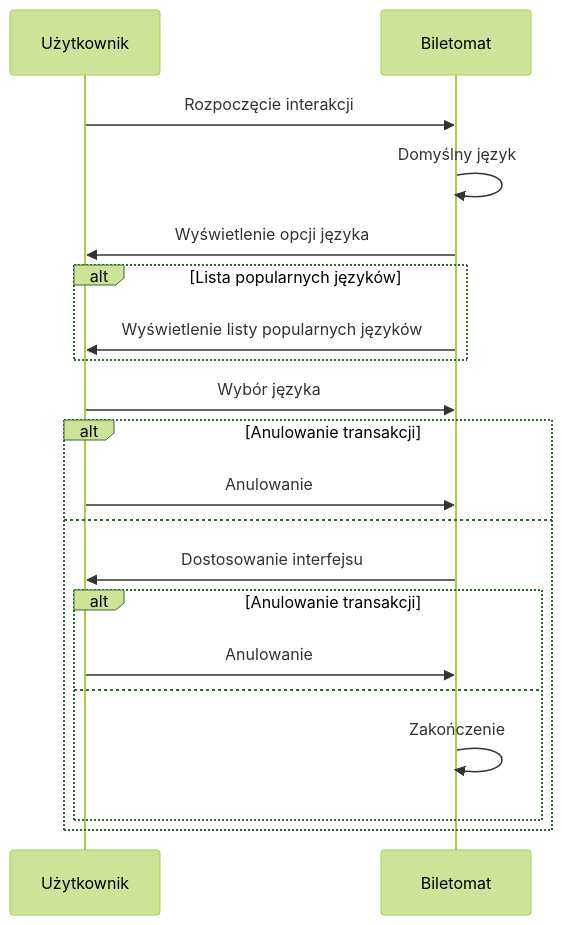
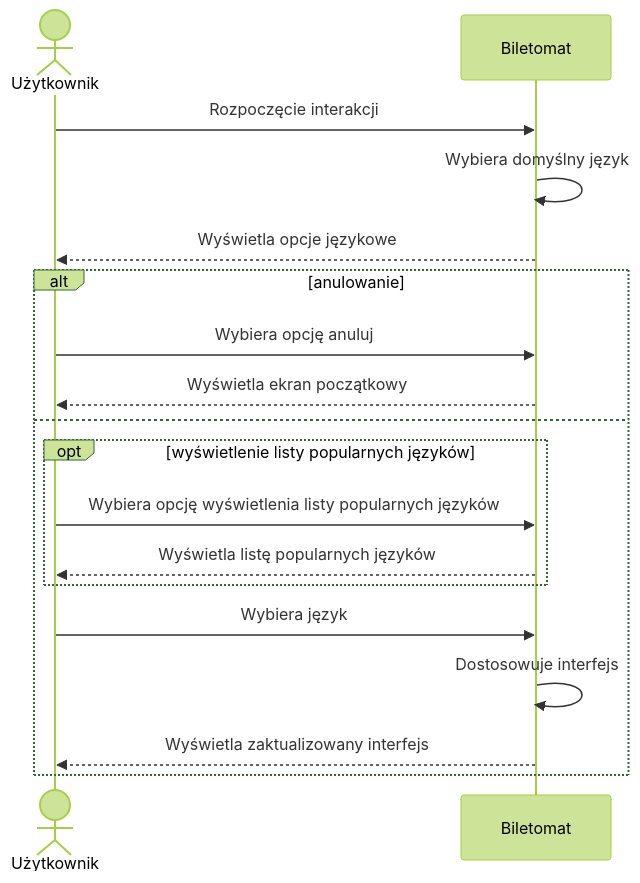
One commit to s3r10us3r/mwo_lab4 changed the sixth of 7 diagrams in uzytkownik.md. Above: the diagram before and after it, drawn with Mermaid (forest theme).

Commit message:
poprawa diagramu wyboru języka

````diff
--- a/uzytkownik.md
+++ b/uzytkownik.md
@@ -118,25 +118,21 @@
 ```mermaid
 sequenceDiagram
-    participant U as Użytkownik
+    actor U as Użytkownik
     participant B as Biletomat
 
     U ->> B: Rozpoczęcie interakcji
-    B ->> B: Domyślny język
-
-    B ->> U: Wyświetlenie opcji języka
-    alt Lista popularnych języków
-        B ->> U: Wyświetlenie listy popularnych języków
+    B ->> B: Wybiera domyślny język
+    B -->> U: Wyświetla opcje językowe
+    alt anulowanie
+    U ->> B: Wybiera opcję anuluj
+    B -->> U: Wyświetla ekran początkowy
+    else
+    opt wyświetlenie listy popularnych języków
+    U ->> B: Wybiera opcję wyświetlenia listy popularnych języków
+    B -->> U: Wyświetla listę popularnych języków
     end
-
-    U ->> B: Wybór języka
-    alt Anulowanie transakcji
-        U ->> B: Anulowanie
-    else
-        B ->> U: Dostosowanie interfejsu
-        alt Anulowanie transakcji
-            U ->> B: Anulowanie
-        else
-            B ->> B: Zakończenie
-        end
+    U ->> B: Wybiera język
+    B ->> B: Dostosowuje interfejs
+    B -->> U:  Wyświetla zaktualizowany interfejs
     end
 ```
````
